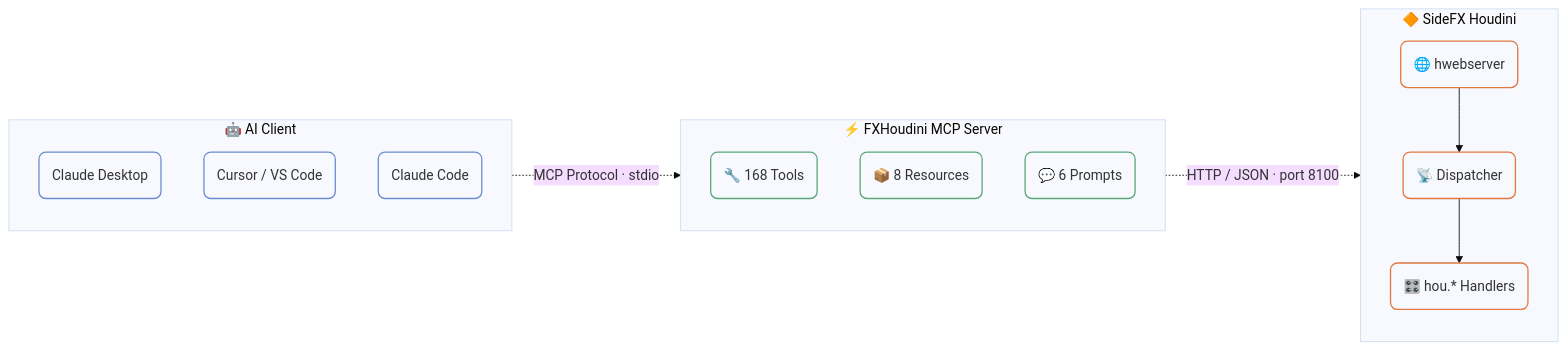
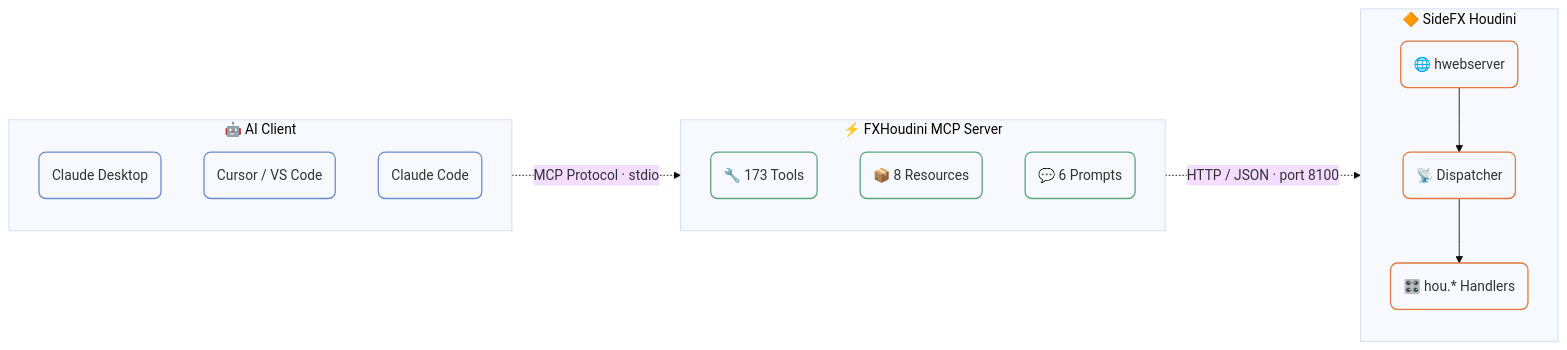
The diagram in docs/index.md (Ced04826/fxhoudinimcp), drawn with Mermaid (base theme) before and after one commit. The commit also changed 2 other files, not shown here.

Commit message:
docs: Align documented tool counts with the 173 registered commands
Mermaid diagrams still said 168 and four per-category counts had
drifted (nodes 17, parameters 11, viewport 13, materials 5 — verified
against register_handler calls).

````diff
--- a/docs/index.md
+++ b/docs/index.md
@@ -38,35 +38,35 @@
 ```mermaid
 flowchart LR
     subgraph Client[" 🤖 AI Client "]
         direction TB
         A1("Claude Desktop")
         A2("Cursor / VS Code")
         A3("Claude Code")
     end
 
     subgraph MCP[" ⚡ FXHoudini MCP Server "]
         direction TB
-        B1("🔧 168 Tools")
+        B1("🔧 173 Tools")
         B2("📦 8 Resources")
         B3("💬 6 Prompts")
     end
 
     subgraph Houdini[" 🔶 SideFX Houdini "]
         direction TB
         C1("🌐 hwebserver")
         C2("📡 Dispatcher")
         C3("🎛️ hou.* Handlers")
         C1 --> C2 --> C3
     end
 
     Client -. "MCP Protocol · stdio" .-> MCP
     MCP -. "HTTP / JSON · port 8100" .-> Houdini
 
     classDef clientNode fill:transparent,stroke:#6b8cce,stroke-width:1.5px,rx:8,ry:8
     classDef mcpNode fill:transparent,stroke:#5ba67a,stroke-width:1.5px,rx:8,ry:8
     classDef houdiniNode fill:transparent,stroke:#e07840,stroke-width:1.5px,rx:8,ry:8
 
     class A1,A2,A3 clientNode
     class B1,B2,B3 mcpNode
     class C1,C2,C3 houdiniNode
 ```
````
